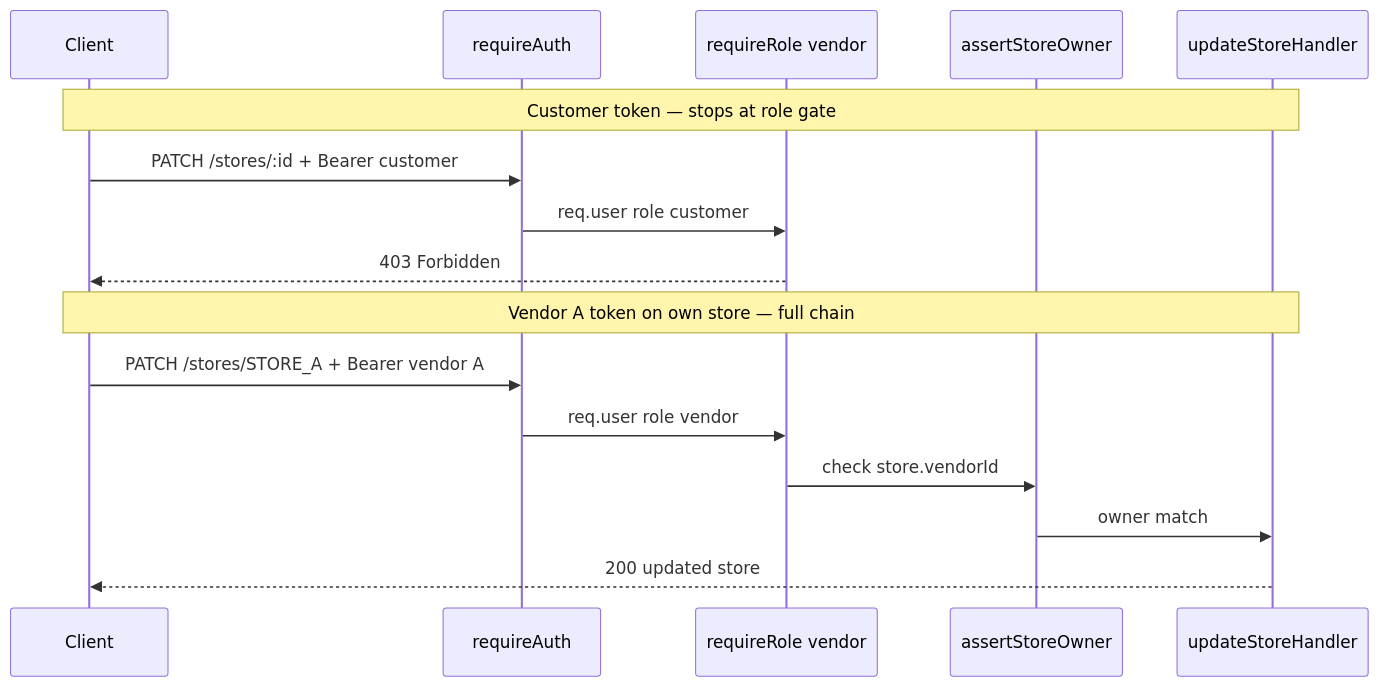
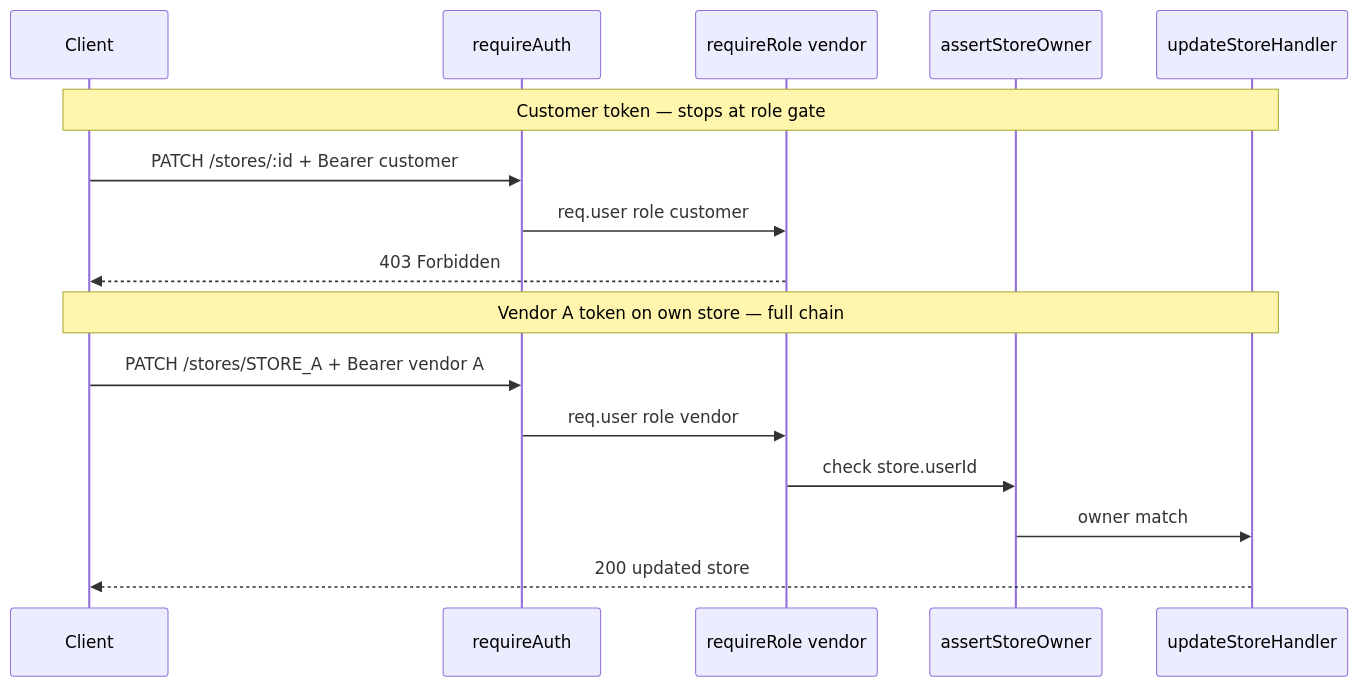
One commit to Muhammad-AnasKhan/Buildment changed the second of 3 diagrams in content/import/multi-vendor-marketplace/08-authorization-and-isolation/08.10-require-role-middleware.md. Above: the diagram before and after it, drawn with Mermaid. The commit also changed other lines of this file and 616 other files, not shown here.

````diff
--- a/content/import/multi-vendor-marketplace/08-authorization-and-isolation/08.10-require-role-middleware.md
+++ b/content/import/multi-vendor-marketplace/08-authorization-and-isolation/08.10-require-role-middleware.md
@@ -46,20 +46,20 @@
 ```mermaid
 sequenceDiagram
   participant Client
   participant Auth as requireAuth
   participant Role as requireRole vendor
   participant Owner as assertStoreOwner
   participant Handler as updateStoreHandler
 
   Note over Client,Handler: Customer token — stops at role gate
   Client->>Auth: PATCH /stores/:id + Bearer customer
   Auth->>Role: req.user role customer
   Role-->>Client: 403 Forbidden
 
   Note over Client,Handler: Vendor A token on own store — full chain
   Client->>Auth: PATCH /stores/STORE_A + Bearer vendor A
   Auth->>Role: req.user role vendor
-  Role->>Owner: check store.vendorId
+  Role->>Owner: check store.userId
   Owner->>Handler: owner match
   Handler-->>Client: 200 updated store
 ```
````
